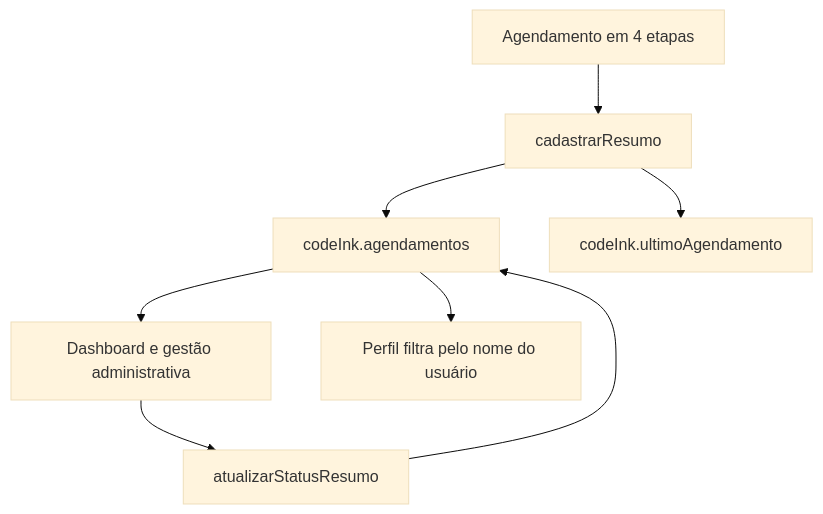
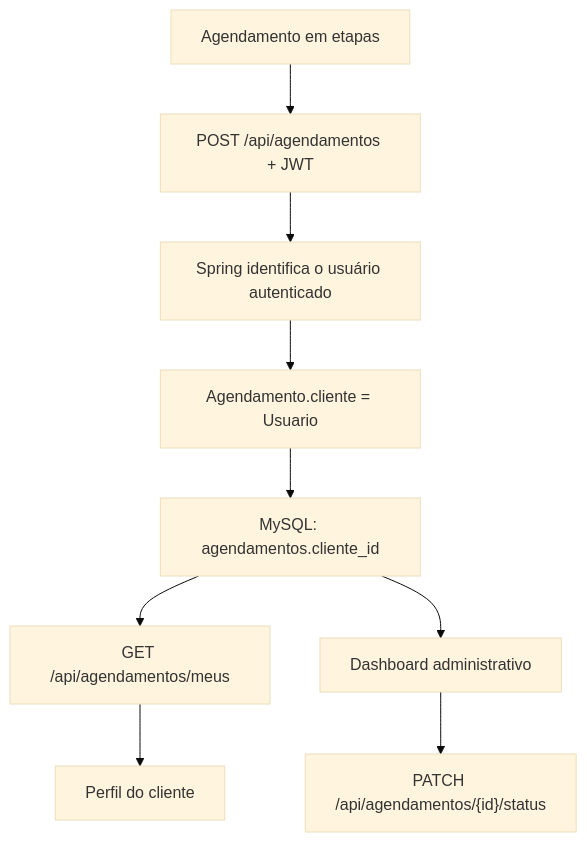
One commit to Fabrizio-bezerra99/codeink changed the fourth of 5 diagrams in PI_/docs/ARCHITECTURE.md. Above: the diagram before and after it, drawn with Mermaid (base theme). The commit also changed other lines of this file and 9 other files, not shown here.

Commit message:
docs: present Code Ink as a full-stack portfolio project

````diff
--- a/PI_/docs/ARCHITECTURE.md
+++ b/PI_/docs/ARCHITECTURE.md
@@ -156,10 +182,11 @@
 ```mermaid
 flowchart TD
-    F["Agendamento em 4 etapas"] --> C["cadastrarResumo"]
-    C --> N["codeInk.agendamentos"]
-    C --> L["codeInk.ultimoAgendamento"]
-    N --> D["Dashboard e gestão administrativa"]
-    N --> P["Perfil filtra pelo nome do usuário"]
-    D --> U["atualizarStatusResumo"]
-    U --> N
+    F["Agendamento em etapas"] --> C["POST /api/agendamentos + JWT"]
+    C --> A["Spring identifica o usuário autenticado"]
+    A --> R["Agendamento.cliente = Usuario"]
+    R --> DB["MySQL: agendamentos.cliente_id"]
+    DB --> M["GET /api/agendamentos/meus"]
+    M --> P["Perfil do cliente"]
+    DB --> D["Dashboard administrativo"]
+    D --> U["PATCH /api/agendamentos/{id}/status"]
 ```
````
